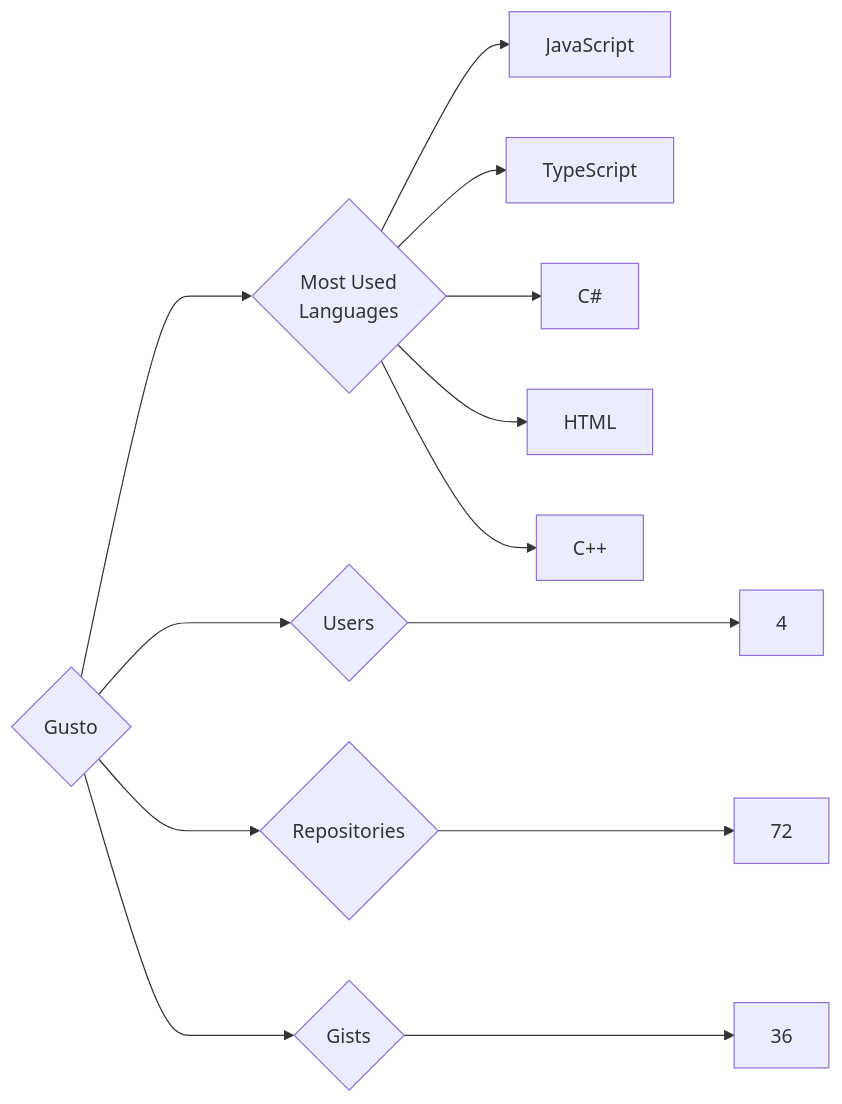
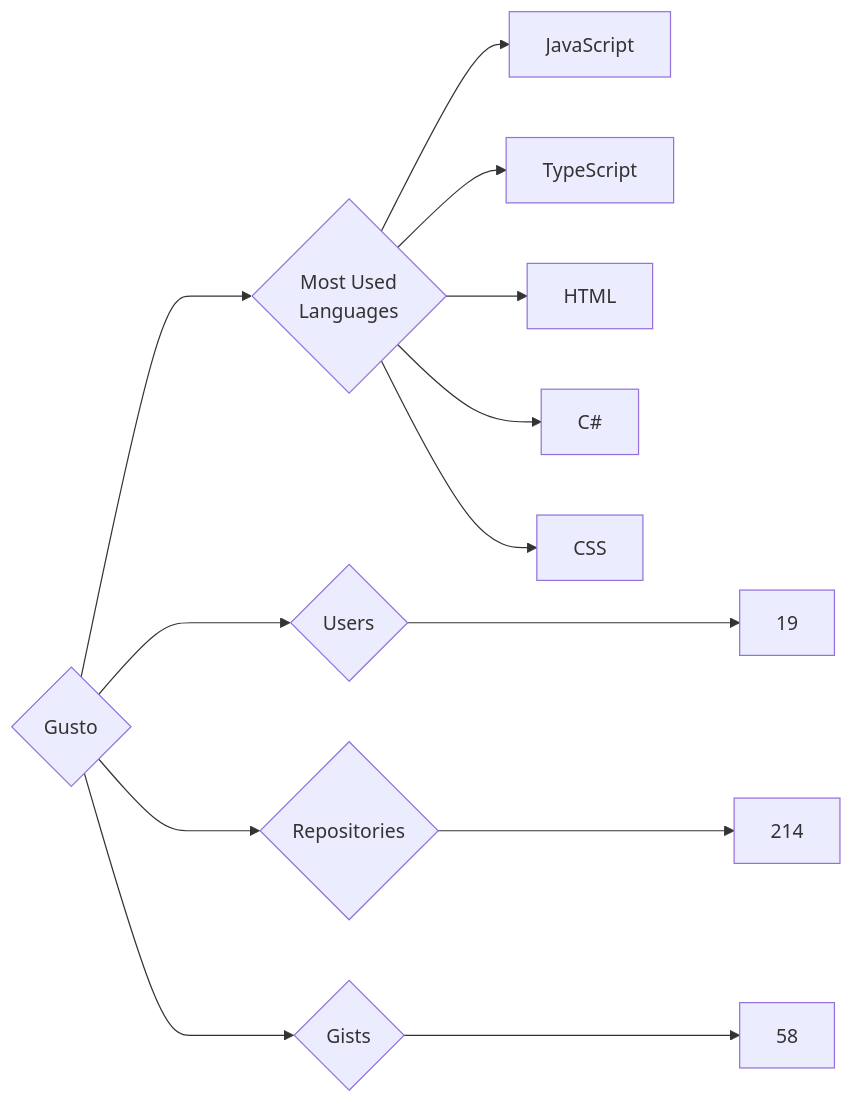
Before and after one commit to trickest/insiders: the diagram in targets/Gusto/README.md, drawn with Mermaid. The commit also changed 594 other files, not shown here.

````diff
--- a/targets/Gusto/README.md
+++ b/targets/Gusto/README.md
@@ -3,13 +3,13 @@
 ```mermaid
 graph LR
 COMPANY_NAME{Gusto}
-COMPANY_NAME ---> U{Users} ---> UN[4]
-COMPANY_NAME ---> R{Repositories} ---> RN[72]
-COMPANY_NAME ---> G{Gists} ---> GN[36]
+COMPANY_NAME ---> U{Users} ---> UN[19]
+COMPANY_NAME ---> R{Repositories} ---> RN[214]
+COMPANY_NAME ---> G{Gists} ---> GN[58]
 COMPANY_NAME ---> ML{Most Used<br>Languages}
 ML --> JavaScript[JavaScript]
 ML --> TypeScript[TypeScript]
+ML --> HTML[HTML]
 ML --> C#[C#]
-ML --> HTML[HTML]
-ML --> C++[C++]
+ML --> CSS[CSS]
 ```
````
